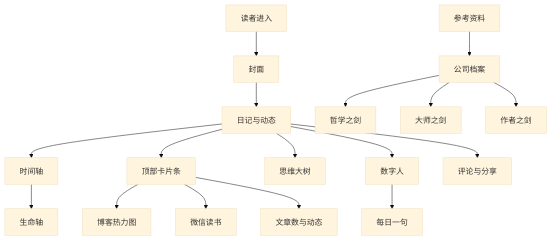
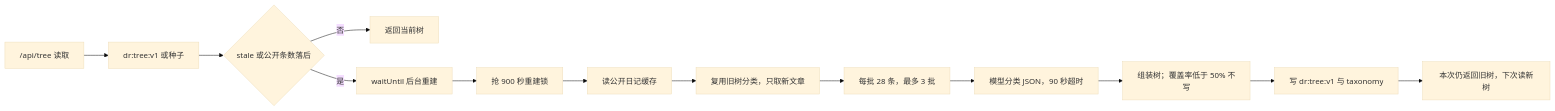
One commit to DailyRhapsody/DailyRhapsody changed diagram 11 of 11 in README.md. Above: the diagram before and after it, drawn with Mermaid (base theme). The commit also changed other lines of this file, not shown here.

````diff
--- a/README.md
+++ b/README.md
@@ -129,19 +883,15 @@
 ```mermaid
-flowchart TB
-  A["读者进入"] --> B["封面"]
-  B --> C["日记与动态"]
-  C --> D["时间轴"]
-  C --> E["顶部卡片条"]
-  E --> E1["博客热力图"]
-  E --> E2["微信读书"]
-  E --> E3["文章数与动态"]
-  C --> F["思维大树"]
-  C --> G["数字人"]
-  G --> H["每日一句"]
-  D --> I["生命轴"]
-  C --> J["评论与分享"]
-  K["参考资料"] --> L["公司档案"]
-  L --> M["哲学之剑"]
-  L --> N["大师之剑"]
-  L --> O["作者之剑"]
+flowchart LR
+  R["/api/tree 读取"] --> T["dr:tree:v1 或种子"]
+  T --> S{"stale 或公开条数落后"}
+  S -->|否| O["返回当前树"]
+  S -->|是| W["waitUntil 后台重建"]
+  W --> L["抢 900 秒重建锁"]
+  L --> D["读公开日记缓存"]
+  D --> E["复用旧树分类，只取新文章"]
+  E --> B["每批 28 条，最多 3 批"]
+  B --> M["模型分类 JSON，90 秒超时"]
+  M --> C["组装树；覆盖率低于 50% 不写"]
+  C --> V["写 dr:tree:v1 与 taxonomy"]
+  V --> N["本次仍返回旧树，下次读新树"]
 ```
````
